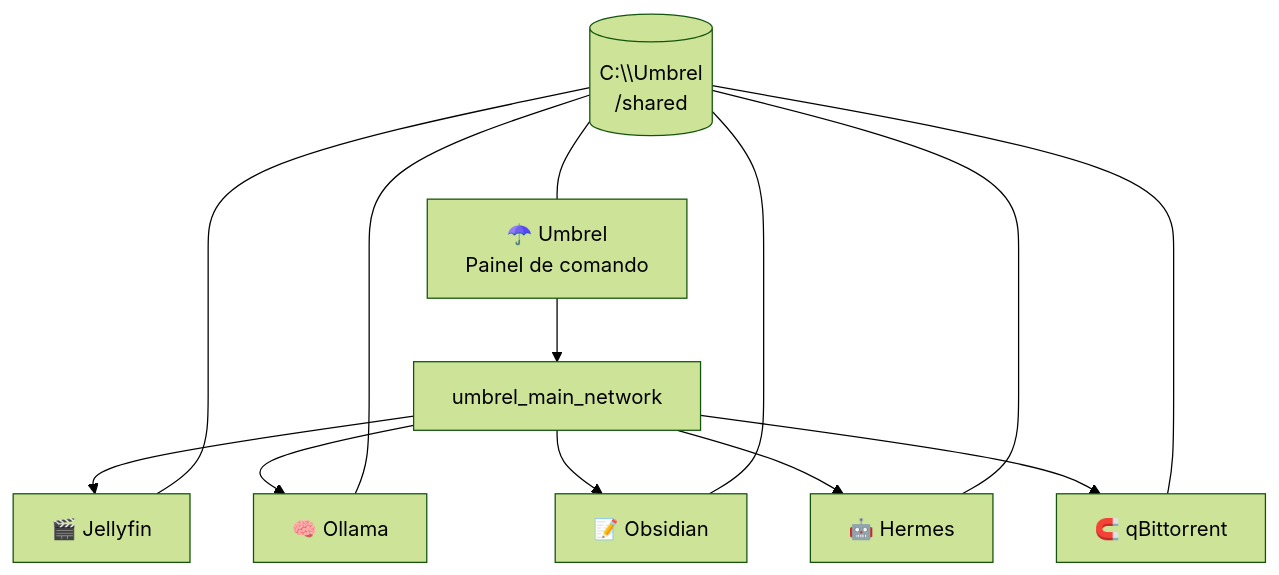
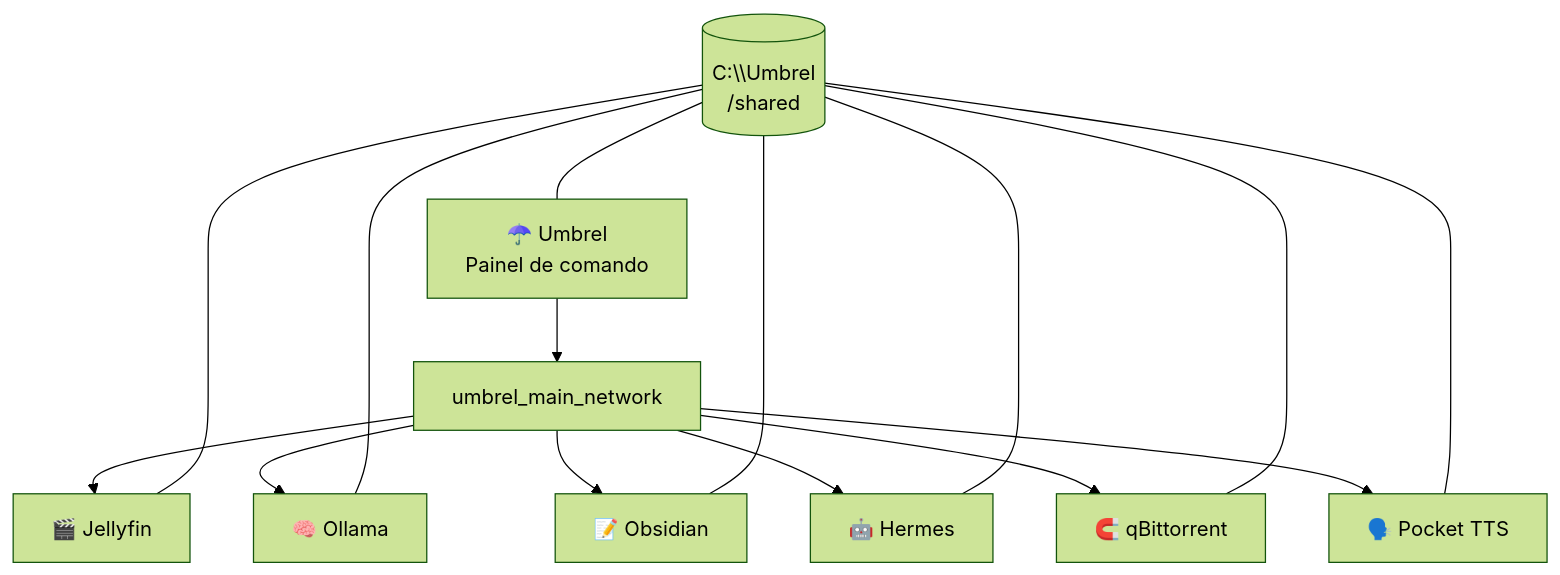
The diagram in README.md (Mordisquinha/umbrel-dockyard), drawn with Mermaid (forest theme) before and after one commit. The commit also changed other lines of this file and 5 other files, not shown here.

Commit message:
Add Pocket TTS container service

````diff
--- a/README.md
+++ b/README.md
@@ -21,15 +22,17 @@
 ```mermaid
 flowchart TD
   U["☂️ Umbrel\nPainel de comando"] --> N["umbrel_main_network"]
   N --> J["🎬 Jellyfin"]
   N --> O["🧠 Ollama"]
   N --> B["📝 Obsidian"]
   N --> H["🤖 Hermes"]
   N --> Q["🧲 qBittorrent"]
+  N --> T["🗣️ Pocket TTS"]
   S[("C:\\Umbrel\n/shared")] --- U
   S --- J
   S --- O
   S --- B
   S --- H
   S --- Q
+  S --- T
 ```
````
